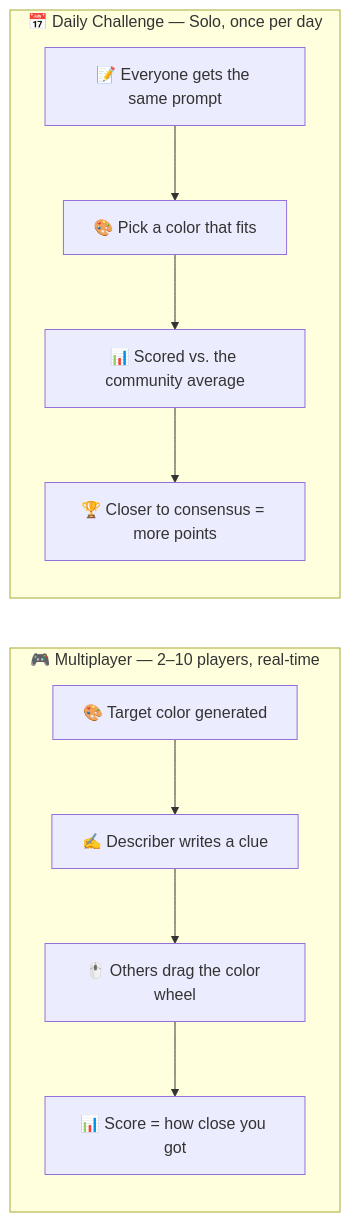
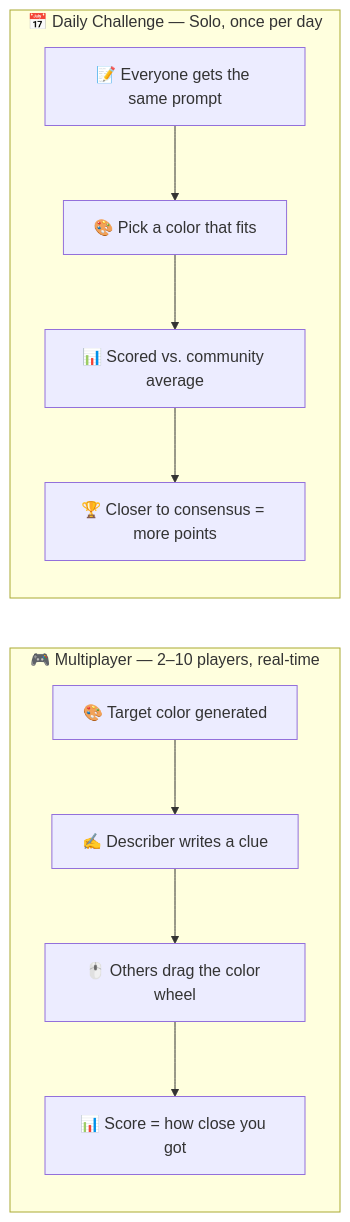
One commit to mcteamster/rgb changed the first of 7 diagrams in docs/demo-guide.md. Above: the diagram before and after it, drawn with Mermaid. The commit also changed other lines of this file, not shown here.

Commit message:
docs: fix Mermaid line breaks, correct color wheel description, add bicone image

````diff
--- a/docs/demo-guide.md
+++ b/docs/demo-guide.md
@@ -15,14 +15,14 @@
 ```mermaid
 flowchart LR
   subgraph MP["🎮 Multiplayer — 2–10 players, real-time"]
     A["🎨 Target color generated"] --> B["✍️ Describer writes a clue"]
     B --> C["🖱️ Others drag the color wheel"]
     C --> D["📊 Score = how close you got"]
   end
 
   subgraph DC["📅 Daily Challenge — Solo, once per day"]
     E["📝 Everyone gets the same prompt"] --> F["🎨 Pick a color that fits"]
-    F --> G["📊 Scored vs. the community average"]
+    F --> G["📊 Scored vs. community average"]
     G --> H["🏆 Closer to consensus = more points"]
   end
 ```
````
